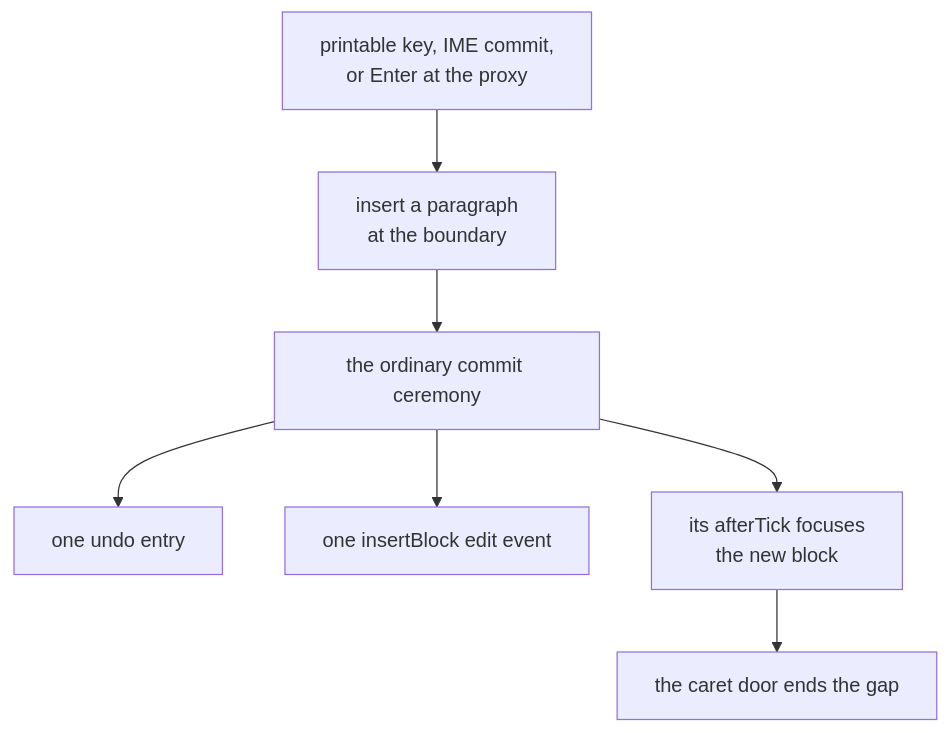
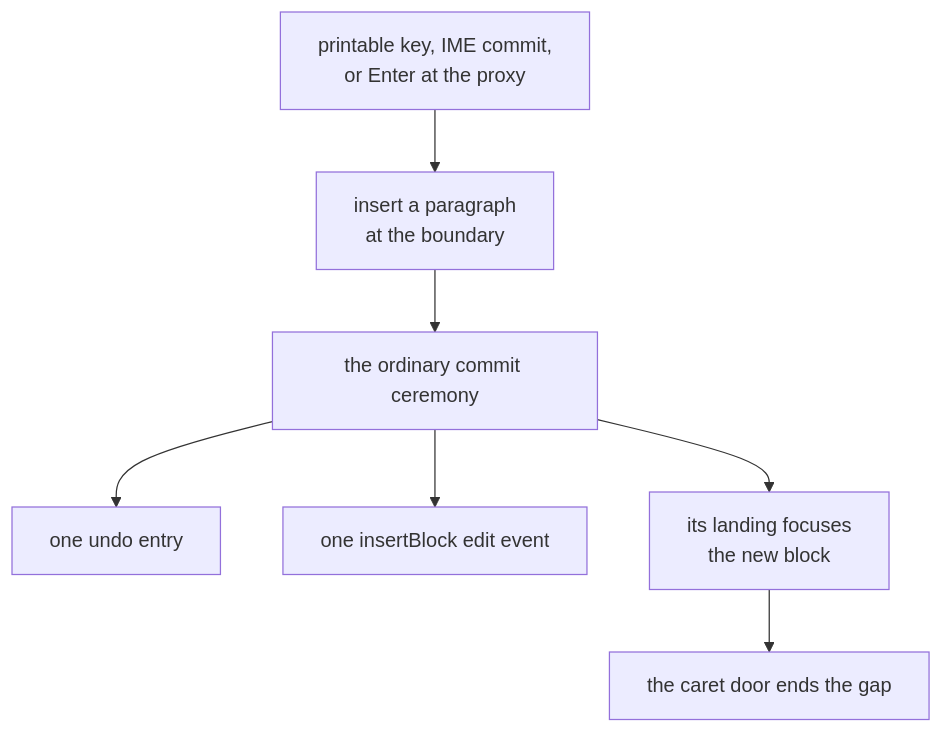
Before and after one commit to voithos-labs/aragonite: the second of 2 diagrams in docs/contributing/anatomy-of-a-change.md, drawn with Mermaid. The commit also changed 9 other files, not shown here.

````diff
--- a/docs/contributing/anatomy-of-a-change.md
+++ b/docs/contributing/anatomy-of-a-change.md
@@ -144,9 +144,9 @@
 ```mermaid
 flowchart TD
     K["printable key, IME commit,<br/>or Enter at the proxy"] --> M["insert a paragraph<br/>at the boundary"]
     M --> C["the ordinary commit ceremony"]
     C --> U["one undo entry"]
     C --> V["one insertBlock edit event"]
-    C --> F["its afterTick focuses<br/>the new block"]
+    C --> F["its landing focuses<br/>the new block"]
     F --> X["the caret door ends the gap"]
 ```
````
